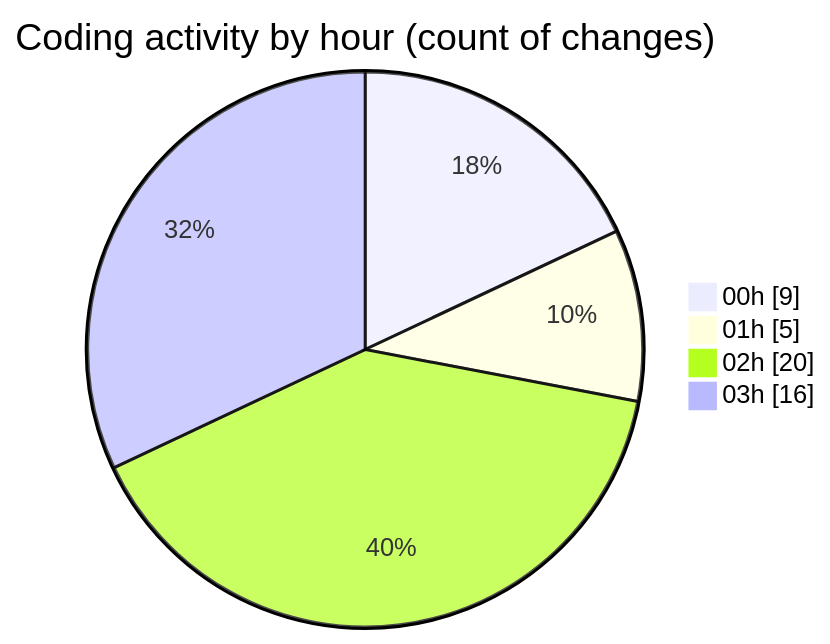
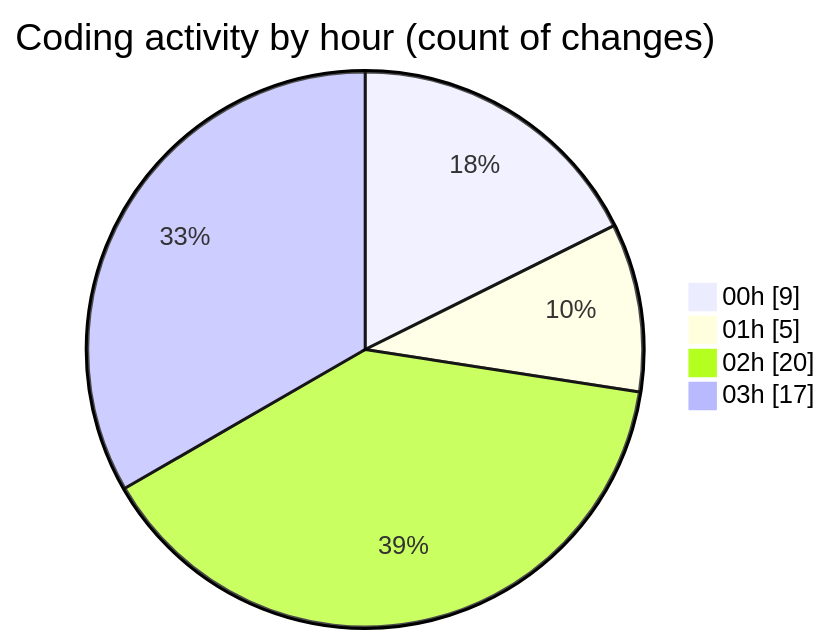
Before and after one commit to lephambinh05/code-tracking: the second of 2 diagrams in 2025-08-05/studybuddy/README.md, drawn with Mermaid. The commit also changed other lines of this file and 1 other file, not shown here.

````diff
--- a/2025-08-05/studybuddy/README.md
+++ b/2025-08-05/studybuddy/README.md
@@ -45,8 +46,8 @@
 ```mermaid
 pie showData
 title Coding activity by hour (count of changes)
 "00h" : 9
 "01h" : 5
 "02h" : 20
-"03h" : 16
+"03h" : 17
 ```
````
